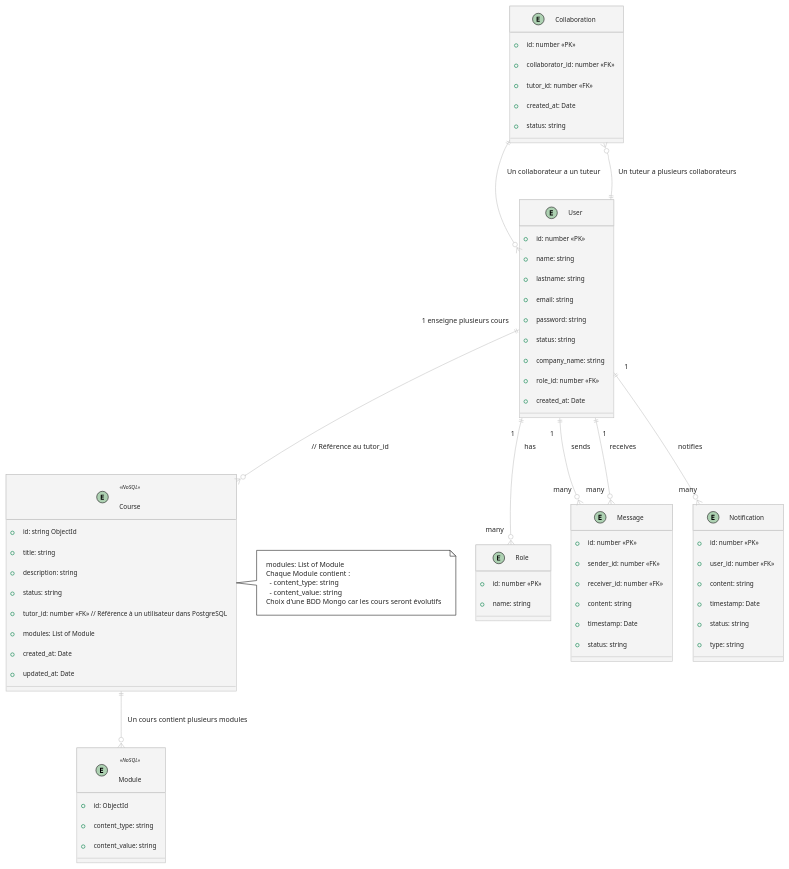
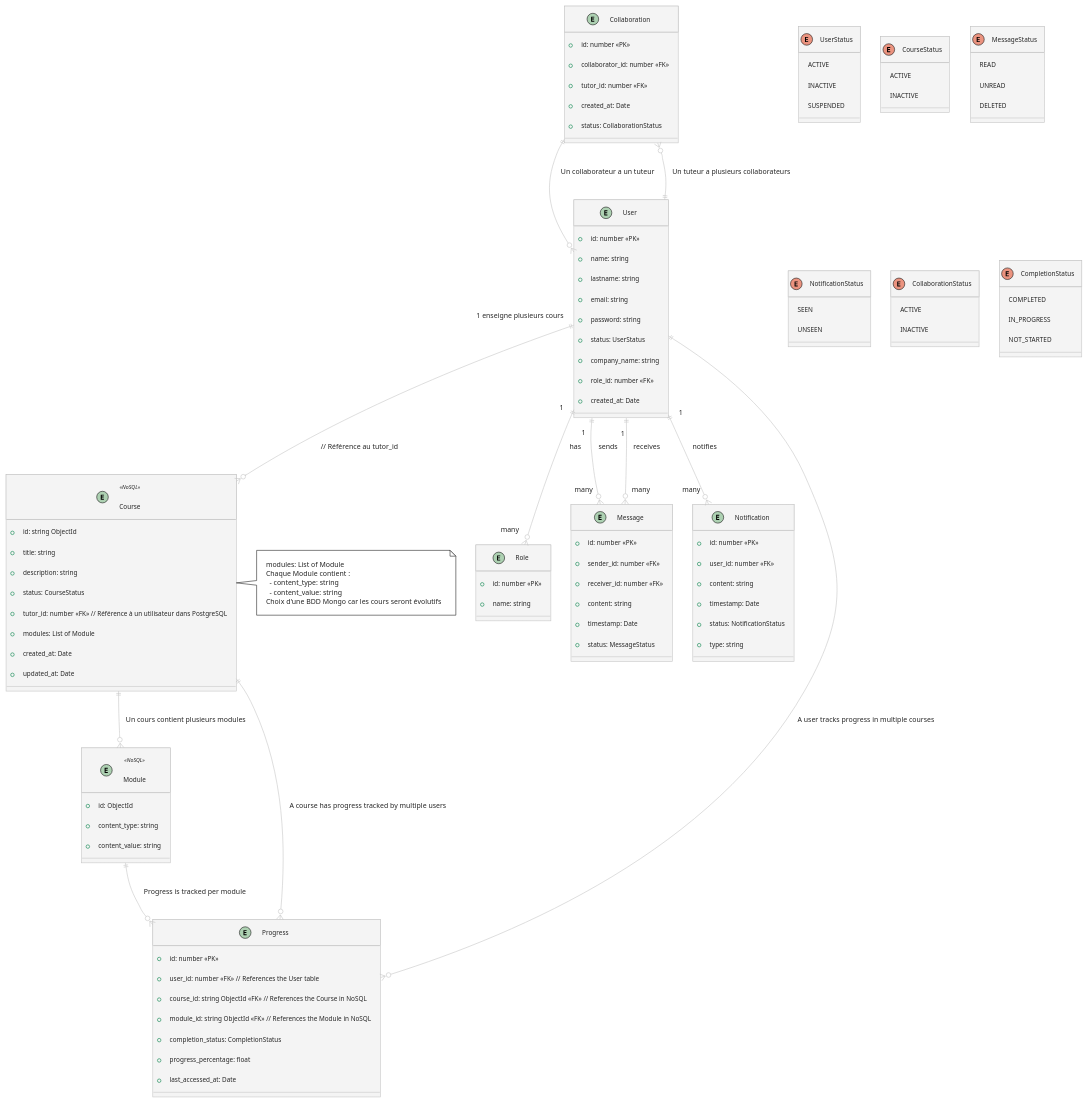
Before and after one commit to Davidben75/Elearn_api: the diagram in UML/entity_relation_diagram.pu, drawn with PlantUML. The commit also changed 5 other files, not shown here.

Commit message:
update class, erd, sequence and  usecase diagram

```diff
--- a/UML/entity_relation_diagram.pu
+++ b/UML/entity_relation_diagram.pu
@@ -1,83 +1,130 @@
 @startuml "entity relation SQL + NoSQL"
 !theme carbon-gray
 
 entity User {
   +id: number <<PK>>
   +name: string
   +lastname: string
   +email: string
   +password: string
-  +status: string
+  +status: UserStatus
   +company_name: string
   +role_id: number <<FK>>
   +created_at: Date
 }
 
 entity Role {
   +id: number <<PK>>
   +name: string
 }
 
 entity Course <<NoSQL>> {
   +id: string ObjectId
   +title: string
   +description: string
-  +status: string
+  +status: CourseStatus
   +tutor_id: number <<FK>> // Référence à un utilisateur dans PostgreSQL
   +modules: List of Module
   +created_at: Date
   +updated_at: Date
 }
 
 entity Module <<NoSQL>> {
   +id: ObjectId
   +content_type: string
   +content_value: string
 }
 
 entity Message {
   +id: number <<PK>>
   +sender_id: number <<FK>>
   +receiver_id: number <<FK>>
   +content: string
   +timestamp: Date
-  +status: string
+  +status: MessageStatus
 }
 
 entity Notification {
   +id: number <<PK>>
   +user_id: number <<FK>>
   +content: string
   +timestamp: Date
-  +status: string
+  +status: NotificationStatus
   +type: string
 }
 
 entity Collaboration {
   +id: number <<PK>>
   +collaborator_id: number <<FK>>
   +tutor_id: number <<FK>>
   +created_at: Date
-  +status: string
+  +status: CollaborationStatus
 }
+
+entity Progress {
+  +id: number <<PK>>
+  +user_id: number <<FK>> // References the User table
+  +course_id: string ObjectId <<FK>> // References the Course in NoSQL
+  +module_id: string ObjectId <<FK>> // References the Module in NoSQL
+  +completion_status: CompletionStatus
+  +progress_percentage: float 
+  +last_accessed_at: Date 
+}
+
+enum UserStatus {
+  ACTIVE
+  INACTIVE
+  SUSPENDED
+}
+
+enum CourseStatus {
+  ACTIVE
+  INACTIVE
+}
+
+enum MessageStatus {
+  READ
+  UNREAD
+  DELETED
+}
+
+enum NotificationStatus {
+  SEEN
+  UNSEEN
+}
+
+enum CollaborationStatus {
+  ACTIVE
+  INACTIVE
+}
+
+enum CompletionStatus {
+  COMPLETED
+  IN_PROGRESS
+  NOT_STARTED
+}
+
+User ||--o{ Progress : "A user tracks progress in multiple courses"
+Course ||--o{ Progress : "A course has progress tracked by multiple users"
+Module ||--o{ Progress : "Progress is tracked per module"
 
 note right of Course
   modules: List of Module
   Chaque Module contient :
     - content_type: string
     - content_value: string
   Choix d'une BDD Mongo car les cours seront évolutifs
 end note
 
 User ||--o{ Role : "1" has "many"
 User ||--o{ Message : "1" sends "many"
 User ||--o{ Message : "1" receives "many"
 User ||--o{ Notification : "1" notifies "many"
 User ||--o{ Course : "1 enseigne plusieurs cours" // Référence au tutor_id
 
 Course ||--o{ Module : "Un cours contient plusieurs modules" 
 
 Collaboration ||--o{ User : "Un collaborateur a un tuteur"
 Collaboration }o--|| User : "Un tuteur a plusieurs collaborateurs"
 
 @enduml
```
